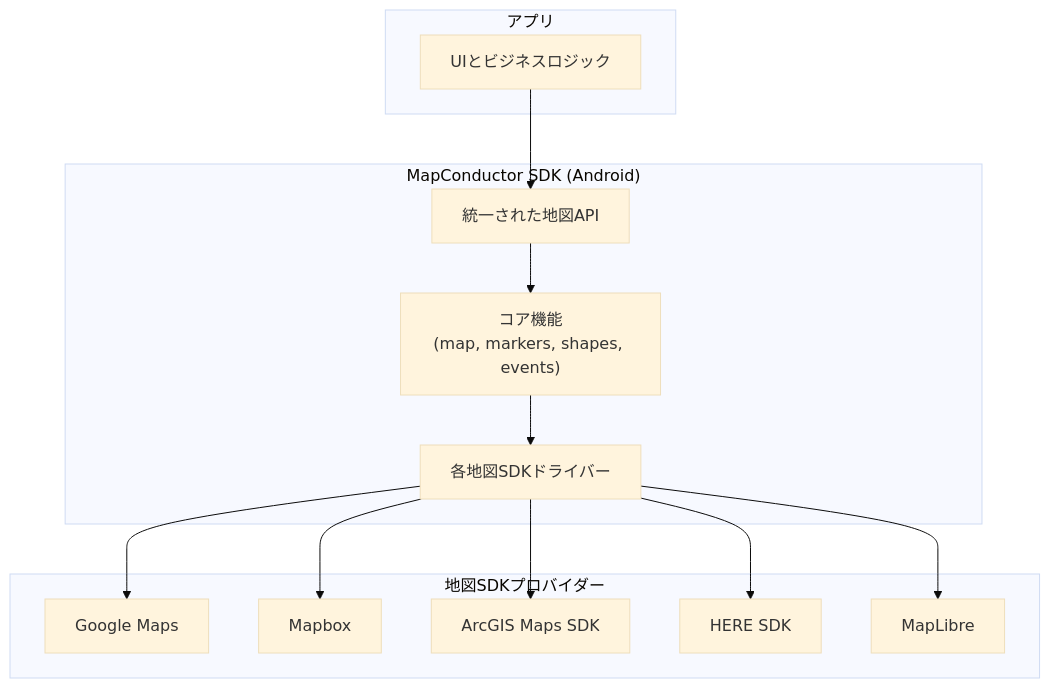
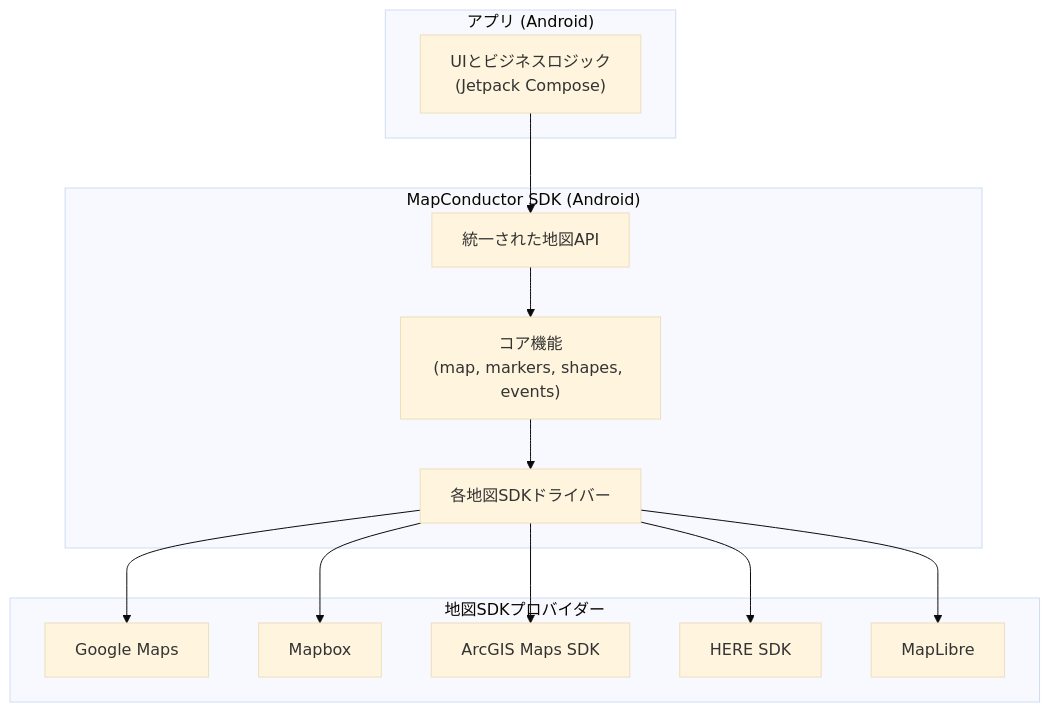
The first of 2 diagrams in src/content/docs/ja/architecture.md (MapConductor/website), drawn with Mermaid (base theme) before and after one commit. The commit also changed other lines of this file and 7 other files, not shown here.

````diff
--- a/src/content/docs/ja/architecture.md
+++ b/src/content/docs/ja/architecture.md
@@ -13,29 +13,29 @@
 ```mermaid
 flowchart TB
-  subgraph App["アプリ"]
-    UI["UIとビジネスロジック"]
+  subgraph App["アプリ (Android)"]
+    UI["UIとビジネスロジック<br/>(Jetpack Compose)"]
   end
 
   subgraph MC["MapConductor SDK (Android)"]
     API["統一された地図API"]
     Core["コア機能<br/>(map, markers, shapes, events)"]
     Drivers["各地図SDKドライバー"]
   end
 
   subgraph Providers["地図SDKプロバイダー"]
     GMaps["Google Maps"]
     Mapbox["Mapbox"]
     ArcGIS["ArcGIS Maps SDK"]
     HERE["HERE SDK"]
     MapLibre["MapLibre"]
   end
 
   UI --> API
   API --> Core
   Core --> Drivers
   Drivers --> GMaps
   Drivers --> Mapbox
   Drivers --> ArcGIS
   Drivers --> HERE
   Drivers --> MapLibre
 ```
````
